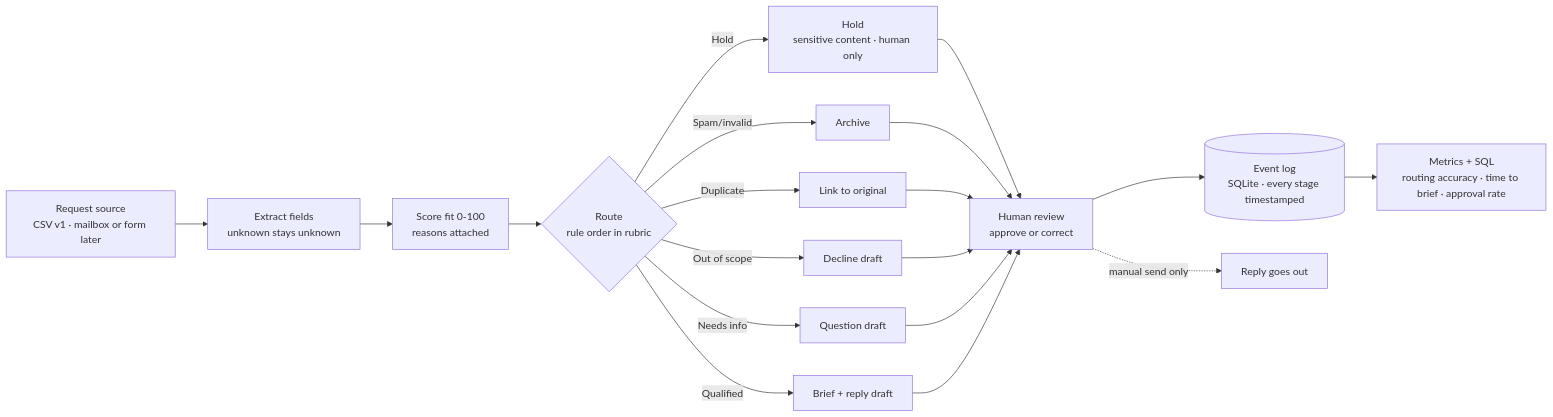
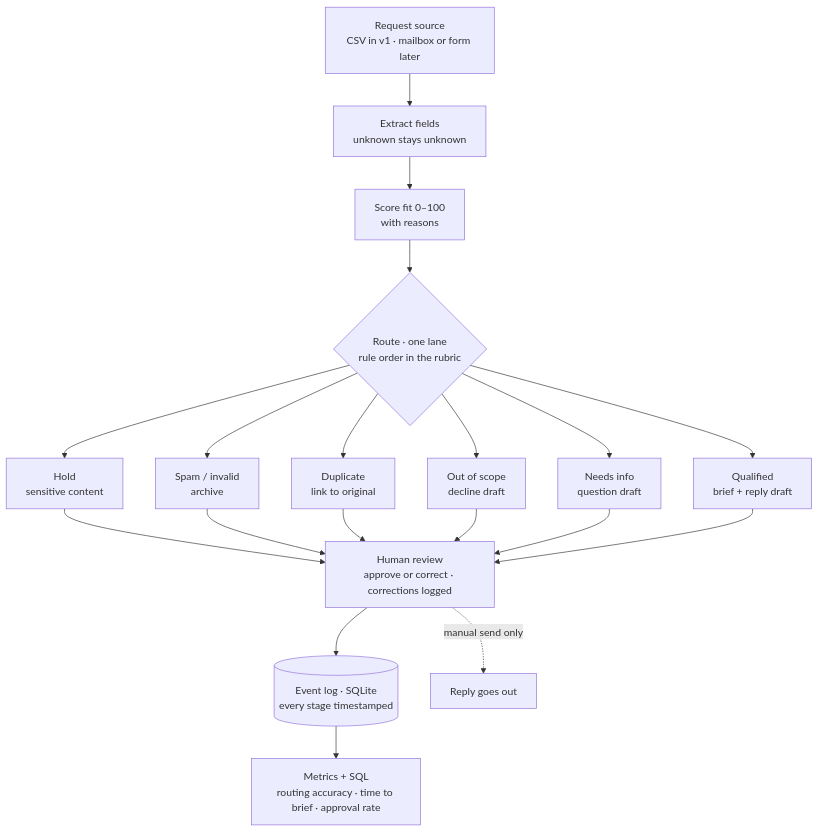
Before and after one commit to CameronCastellon/inbound-triage-engine: the diagram in README.md, drawn with Mermaid.

Commit message:
README: top-down architecture diagram so it reads at normal size
Claude-Session: https://claude.ai/code/session_017CnDrjMoGH3DsdtezQzm8W

````diff
--- a/README.md
+++ b/README.md
@@ -34,16 +34,16 @@
 ```mermaid
-flowchart LR
-    A[Request source<br/>CSV v1 · mailbox or form later] --> B[Extract fields<br/>unknown stays unknown]
-    B --> C[Score fit 0-100<br/>reasons attached]
-    C --> D{Route<br/>rule order in rubric}
-    D -->|Hold| H[Hold<br/>sensitive content · human only]
-    D -->|Spam/invalid| S[Archive]
-    D -->|Duplicate| U[Link to original]
-    D -->|Out of scope| O[Decline draft]
-    D -->|Needs info| N[Question draft]
-    D -->|Qualified| Q[Brief + reply draft]
-    H & S & U & O & N & Q --> R[Human review<br/>approve or correct]
-    R --> L[(Event log<br/>SQLite · every stage timestamped)]
+flowchart TB
+    A[Request source<br/>CSV in v1 · mailbox or form later] --> B[Extract fields<br/>unknown stays unknown]
+    B --> C[Score fit 0–100<br/>with reasons]
+    C --> D{Route · one lane<br/>rule order in the rubric}
+    D --> H[Hold<br/>sensitive content]
+    D --> S[Spam / invalid<br/>archive]
+    D --> U[Duplicate<br/>link to original]
+    D --> O[Out of scope<br/>decline draft]
+    D --> N[Needs info<br/>question draft]
+    D --> Q[Qualified<br/>brief + reply draft]
+    H & S & U & O & N & Q --> R[Human review<br/>approve or correct · corrections logged]
+    R --> L[(Event log · SQLite<br/>every stage timestamped)]
     L --> M[Metrics + SQL<br/>routing accuracy · time to brief · approval rate]
-    R -.manual send only.-> X[Reply goes out]
+    R -. manual send only .-> X[Reply goes out]
 ```
````
